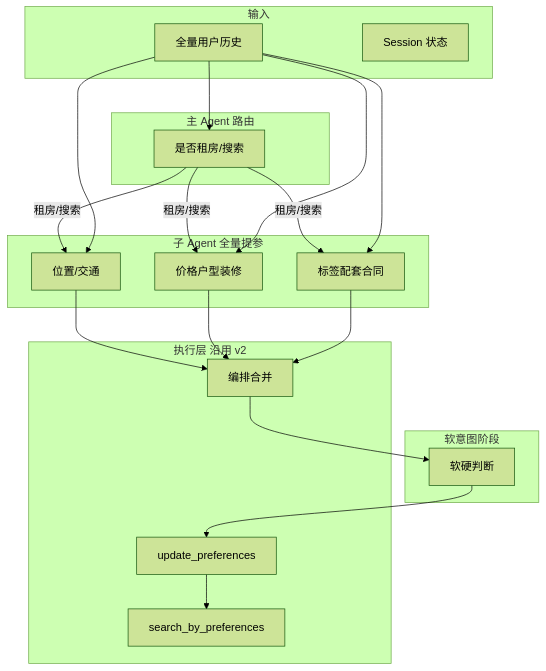
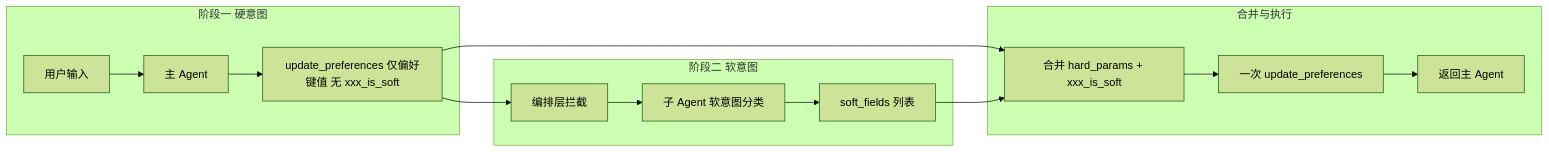
One commit to MozhiJiawei/Agent-Coding-Practice changed the diagram in docs/intent_interface_design_v3.md. Above: the diagram before and after it, drawn with Mermaid (forest theme). The commit also changed other lines of this file and 9 other files, not shown here.

````diff
--- a/docs/intent_interface_design_v3.md
+++ b/docs/intent_interface_design_v3.md
@@ -31,36 +24,18 @@
 ```mermaid
-flowchart TB
-  subgraph input [输入]
-    FullHistory[全量用户历史]
-    Session[Session 状态]
+flowchart LR
+  subgraph stage1 [阶段一 硬意图]
+    A[用户输入] --> B[主 Agent]
+    B --> C[update_preferences 仅偏好键值 无 xxx_is_soft]
   end
-  subgraph router [主 Agent 路由]
-    Route[是否租房/搜索]
+  subgraph stage2 [阶段二 软意图]
+    C --> D[编排层拦截]
+    D --> E[子 Agent 软意图分类]
+    E --> F[soft_fields 列表]
   end
-  subgraph subagents [子 Agent 全量提参]
-    Loc[位置/交通]
-    PriceRoom[价格户型装修]
-    Tags[标签配套合同]
+  subgraph merge [合并与执行]
+    C --> G[合并 hard_params + xxx_is_soft]
+    F --> G
+    G --> H[一次 update_preferences]
+    H --> I[返回主 Agent]
   end
-  subgraph soft [软意图阶段]
-    SoftJudge[软硬判断]
-  end
-  subgraph exec [执行层 沿用 v2]
-    Merge[编排合并]
-    UpdatePrefs[update_preferences]
-    Search[search_by_preferences]
-  end
-  FullHistory --> Route
-  Route -->|租房/搜索| Loc
-  Route -->|租房/搜索| PriceRoom
-  Route -->|租房/搜索| Tags
-  FullHistory --> Loc
-  FullHistory --> PriceRoom
-  FullHistory --> Tags
-  Loc --> Merge
-  PriceRoom --> Merge
-  Tags --> Merge
-  Merge --> SoftJudge
-  SoftJudge --> UpdatePrefs
-  UpdatePrefs --> Search
 ```
````
